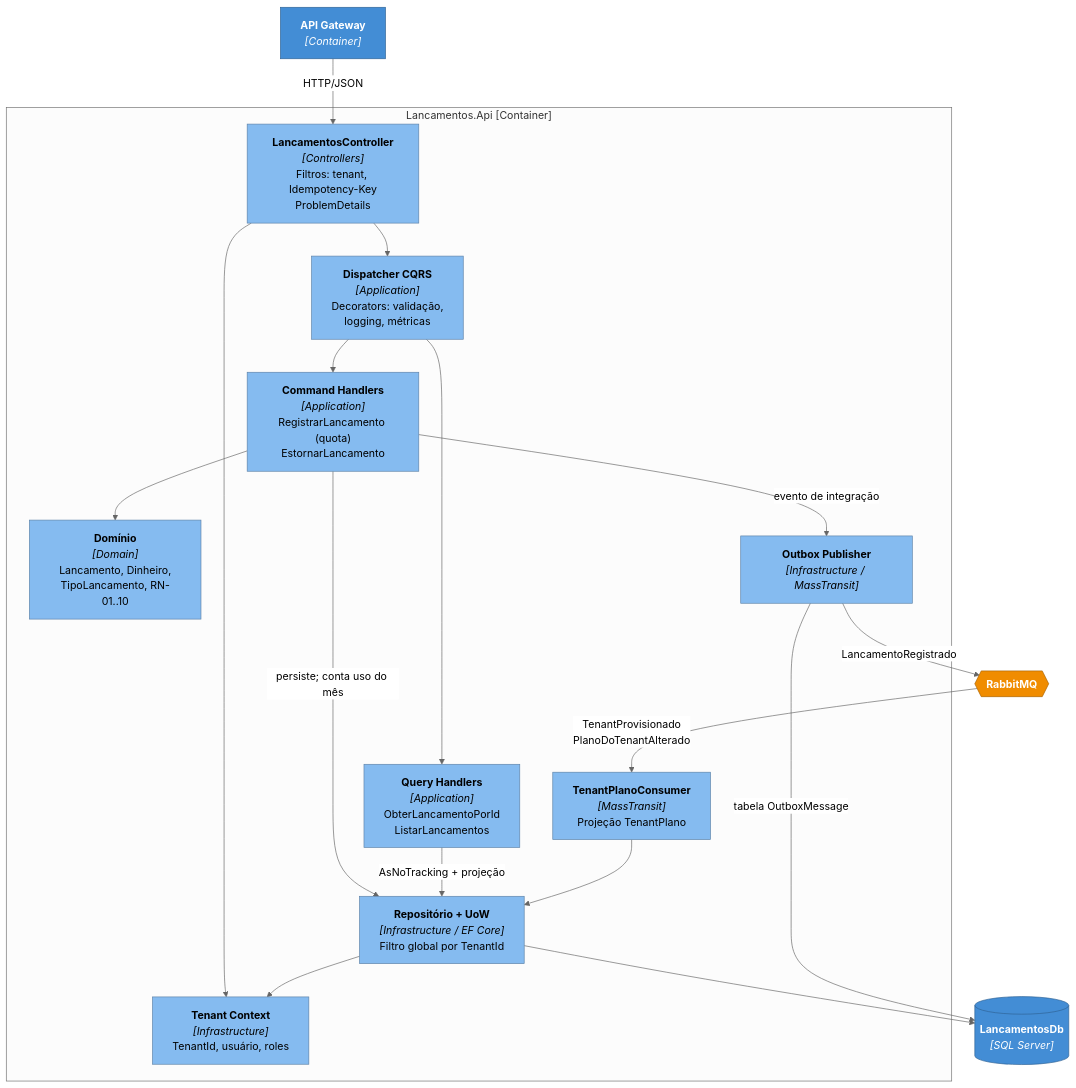
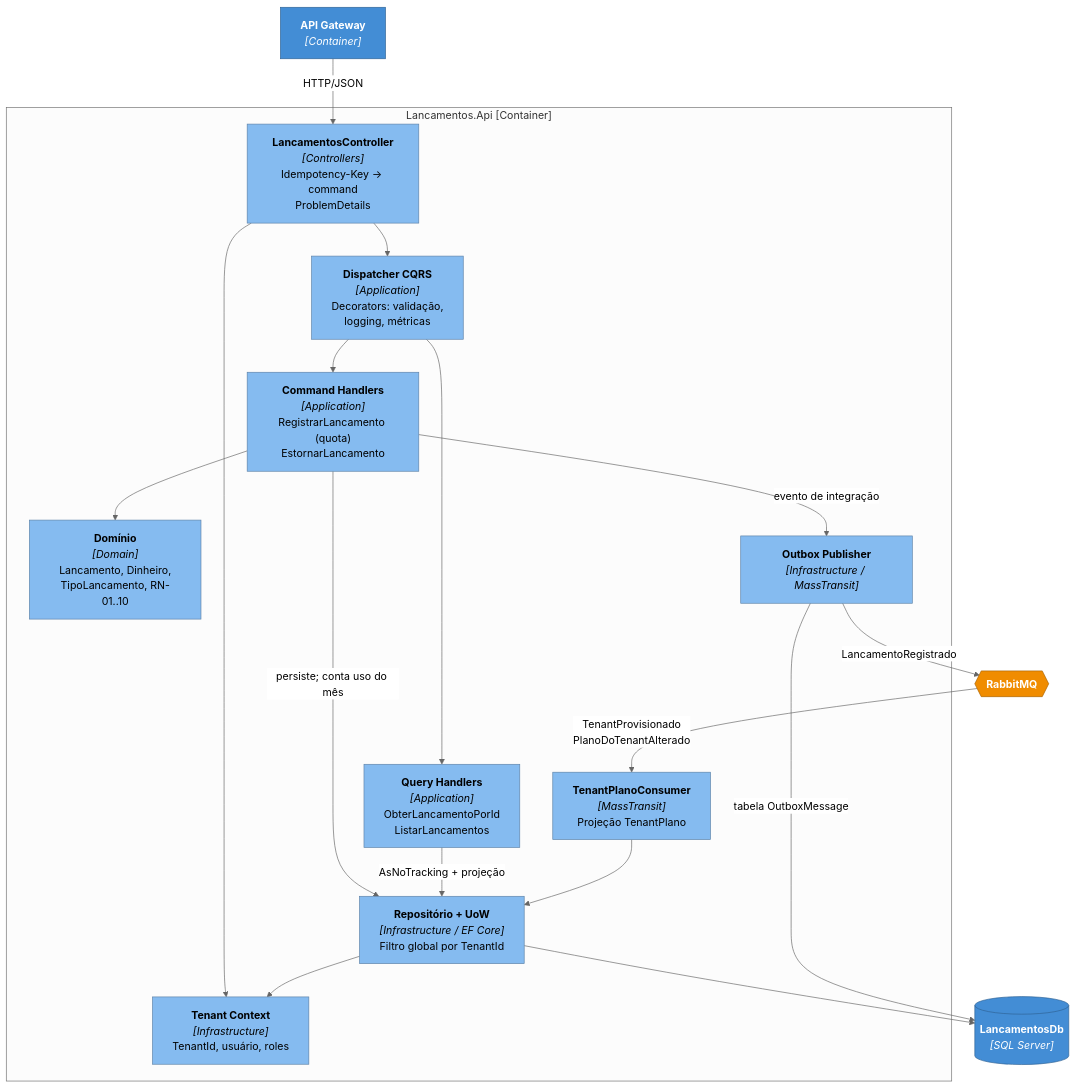
Before and after one commit to igorwaterloo/Verx-desafio20260922: the fourth of 6 diagrams in docs/architecture/c4-3-componentes.md, drawn with Mermaid (neutral theme). The commit also changed other lines of this file and 4 other files, not shown here.

````diff
--- a/docs/architecture/c4-3-componentes.md
+++ b/docs/architecture/c4-3-componentes.md
@@ -105,42 +105,42 @@
 ```mermaid
 flowchart TB
     gateway["<b>API Gateway</b><br/><i>[Container]</i>"]
     broker{{"<b>RabbitMQ</b>"}}
 
     subgraph lapi["Lancamentos.Api [Container]"]
-        ctrl["<b>LancamentosController</b><br/><i>[Controllers]</i><br/>Filtros: tenant, Idempotency-Key<br/>ProblemDetails"]
+        ctrl["<b>LancamentosController</b><br/><i>[Controllers]</i><br/>Idempotency-Key → command<br/>ProblemDetails"]
         tctx["<b>Tenant Context</b><br/><i>[Infrastructure]</i><br/>TenantId, usuário, roles"]
         dispatcher["<b>Dispatcher CQRS</b><br/><i>[Application]</i><br/>Decorators: validação,<br/>logging, métricas"]
         cmd["<b>Command Handlers</b><br/><i>[Application]</i><br/>RegistrarLancamento (quota)<br/>EstornarLancamento"]
         qry["<b>Query Handlers</b><br/><i>[Application]</i><br/>ObterLancamentoPorId<br/>ListarLancamentos"]
         dom["<b>Domínio</b><br/><i>[Domain]</i><br/>Lancamento, Dinheiro,<br/>TipoLancamento, RN-01..10"]
         repo["<b>Repositório + UoW</b><br/><i>[Infrastructure / EF Core]</i><br/>Filtro global por TenantId"]
         outbox["<b>Outbox Publisher</b><br/><i>[Infrastructure / MassTransit]</i>"]
         planoc["<b>TenantPlanoConsumer</b><br/><i>[MassTransit]</i><br/>Projeção TenantPlano"]
     end
 
     ldb[("<b>LancamentosDb</b><br/><i>[SQL Server]</i>")]
 
     gateway -- "HTTP/JSON" --> ctrl
     ctrl --> tctx
     ctrl --> dispatcher
     dispatcher --> cmd
     dispatcher --> qry
     cmd --> dom
     cmd -- "persiste; conta uso do mês" --> repo
     cmd -- "evento de integração" --> outbox
     qry -- "AsNoTracking + projeção" --> repo
     repo --> tctx
     repo --> ldb
     outbox -- "tabela OutboxMessage" --> ldb
     outbox -- "LancamentoRegistrado" --> broker
     broker -- "TenantProvisionado<br/>PlanoDoTenantAlterado" --> planoc
     planoc --> repo
 
     classDef comp fill:#85bbf0,stroke:#5d82a8,color:#000
     classDef ext fill:#438dd5,stroke:#2e6295,color:#fff
     classDef queue fill:#f08c00,stroke:#a86200,color:#fff
     class ctrl,tctx,dispatcher,cmd,qry,dom,repo,outbox,planoc comp
     class gateway,ldb ext
     class broker queue
 ```
````
